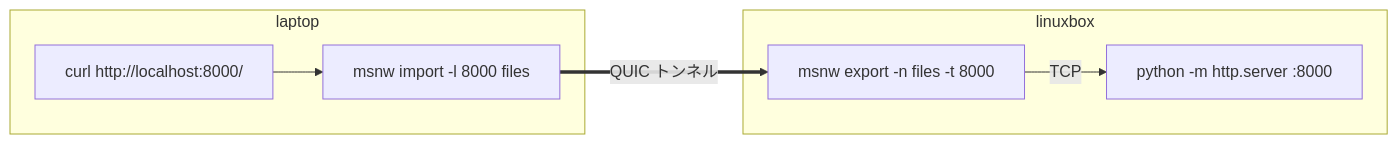
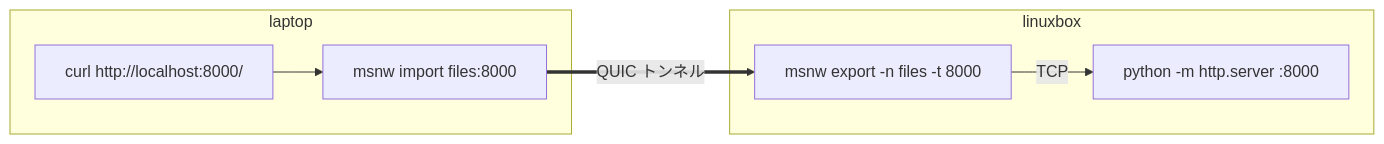
The sixth of 7 diagrams in README.ja.md (ikeji/mysmallnetwork), drawn with Mermaid before and after one commit. The commit also changed other lines of this file and 8 other files, not shown here.

````diff
--- a/README.ja.md
+++ b/README.ja.md
@@ -210,10 +210,10 @@
 ```mermaid
 flowchart LR
     subgraph laptop
-        c["curl http://localhost:8000/"] --> im["msnw import -l 8000 files"]
+        c["curl http://localhost:8000/"] --> im["msnw import files:8000"]
     end
     subgraph linuxbox
         ex["msnw export -n files -t 8000"] -->|TCP| py["python -m http.server :8000"]
     end
     im ==>|QUIC トンネル| ex
 ```
````
